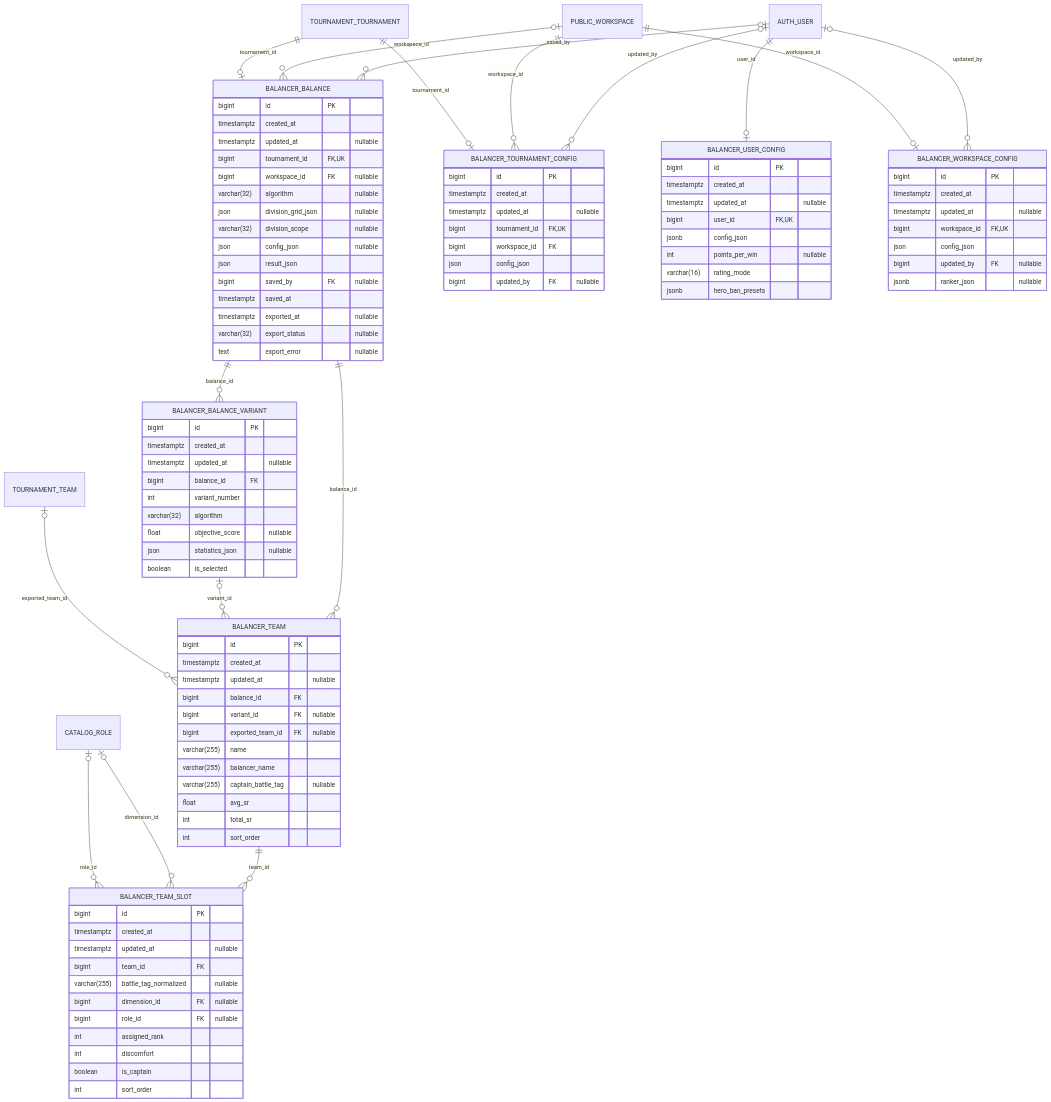
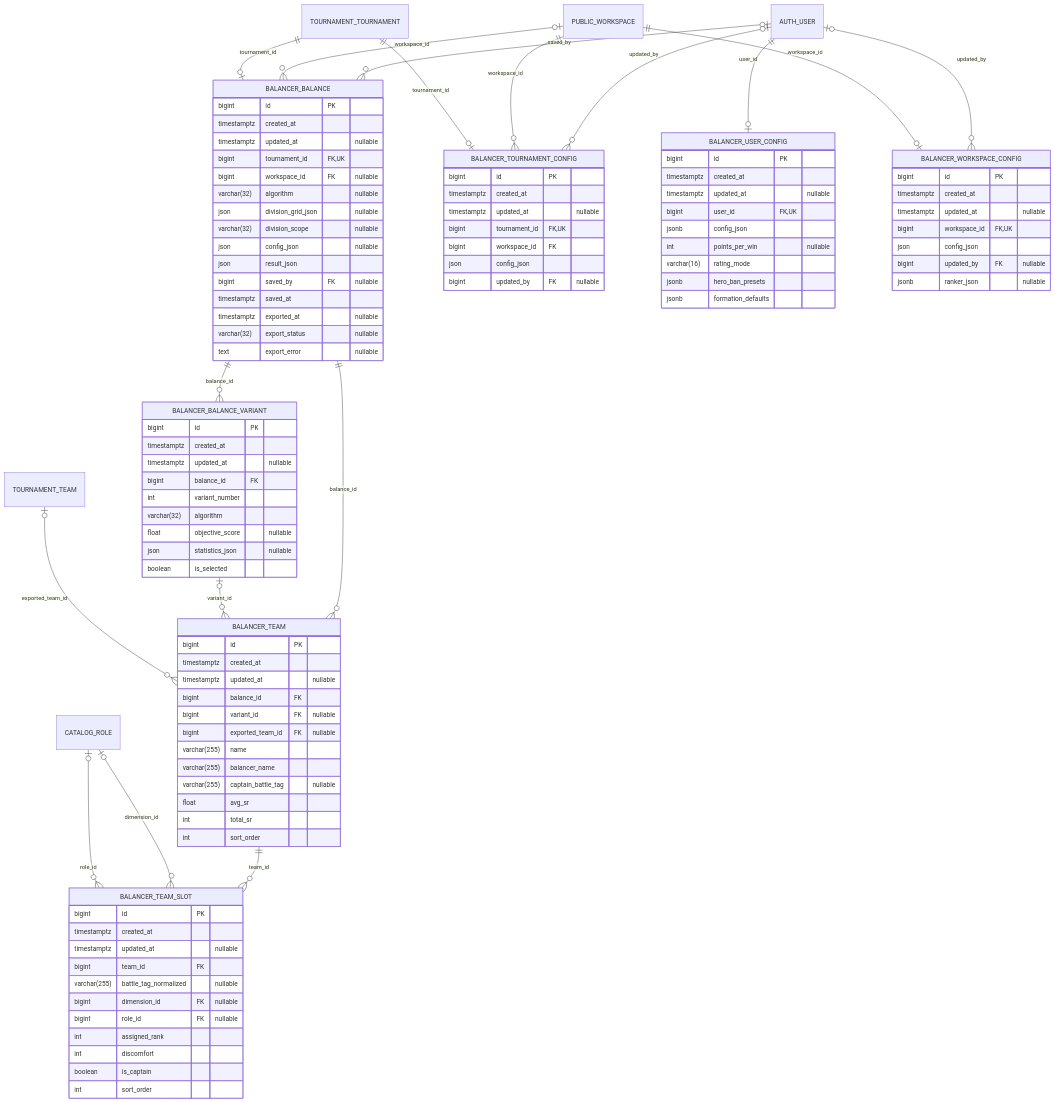
Before and after one commit to CraazzzyyFoxx/anak-tournaments: diagram 12 of 21 in docs/database_erd.md, drawn with Mermaid. The commit also changed other lines of this file and 20 other files, not shown here.

```diff
--- a/docs/database_erd.md
+++ b/docs/database_erd.md
@@ -2219,6 +2219,7 @@
         int points_per_win "nullable"
         varchar(16) rating_mode
         jsonb hero_ban_presets
+        jsonb formation_defaults
     }
     BALANCER_WORKSPACE_CONFIG {
         bigint id PK
```
